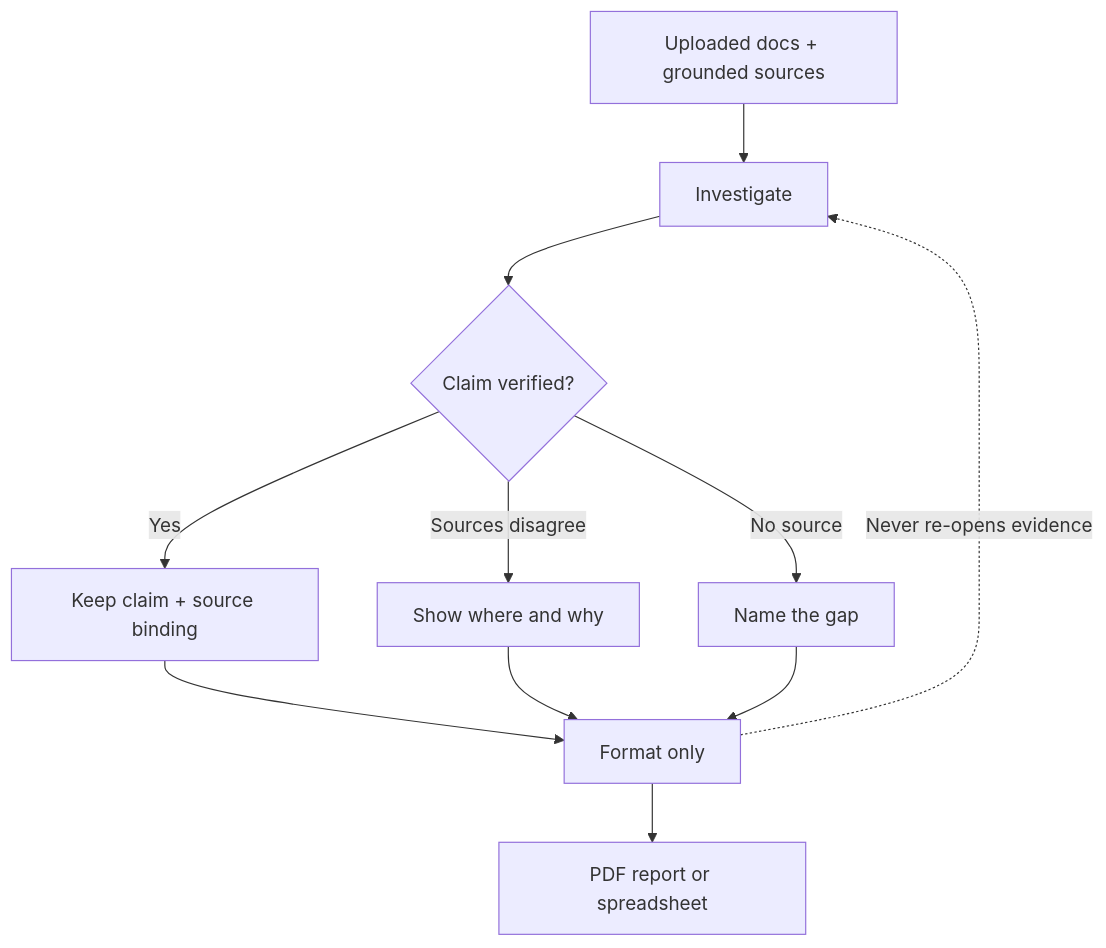
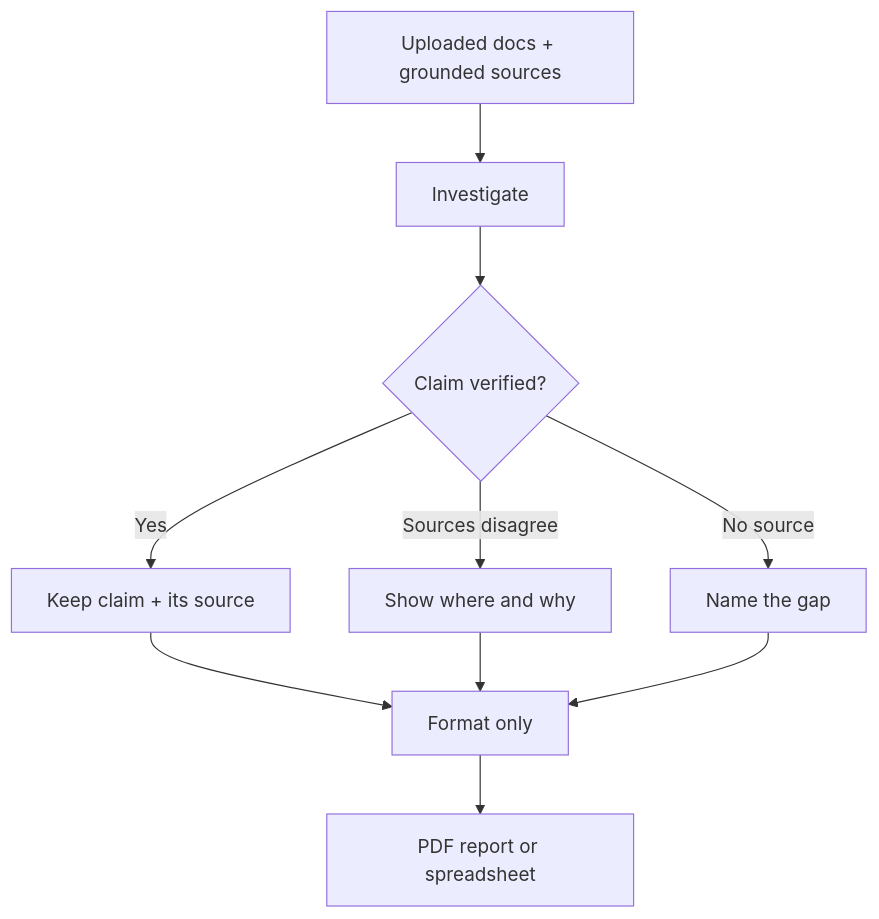
Before and after one commit to Beunec/beunec-site-staging: the diagram in Beunec Docs/rivine agentic engines/rivine_research.md, drawn with Mermaid. The commit also changed other lines of this file and 99 other files, not shown here.

````diff
--- a/Beunec Docs/rivine agentic engines/rivine_research.md
+++ b/Beunec Docs/rivine agentic engines/rivine_research.md
@@ -25,13 +28,12 @@
 ```mermaid
 flowchart TD
     A[Uploaded docs + grounded sources] --> B[Investigate]
     B --> C{Claim verified?}
-    C -->|Yes| D[Keep claim + source binding]
+    C -->|Yes| D[Keep claim + its source]
     C -->|Sources disagree| E[Show where and why]
     C -->|No source| F[Name the gap]
     D --> G[Format only]
     E --> G
     F --> G
     G --> H[PDF report or spreadsheet]
-    G -.->|Never re-opens evidence| B
 ```
````
